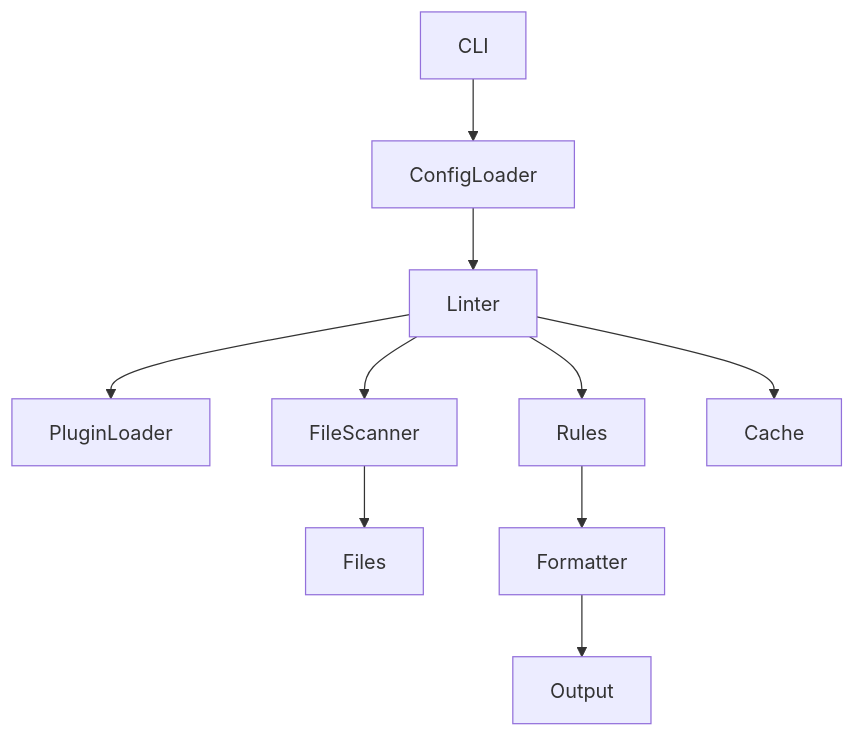
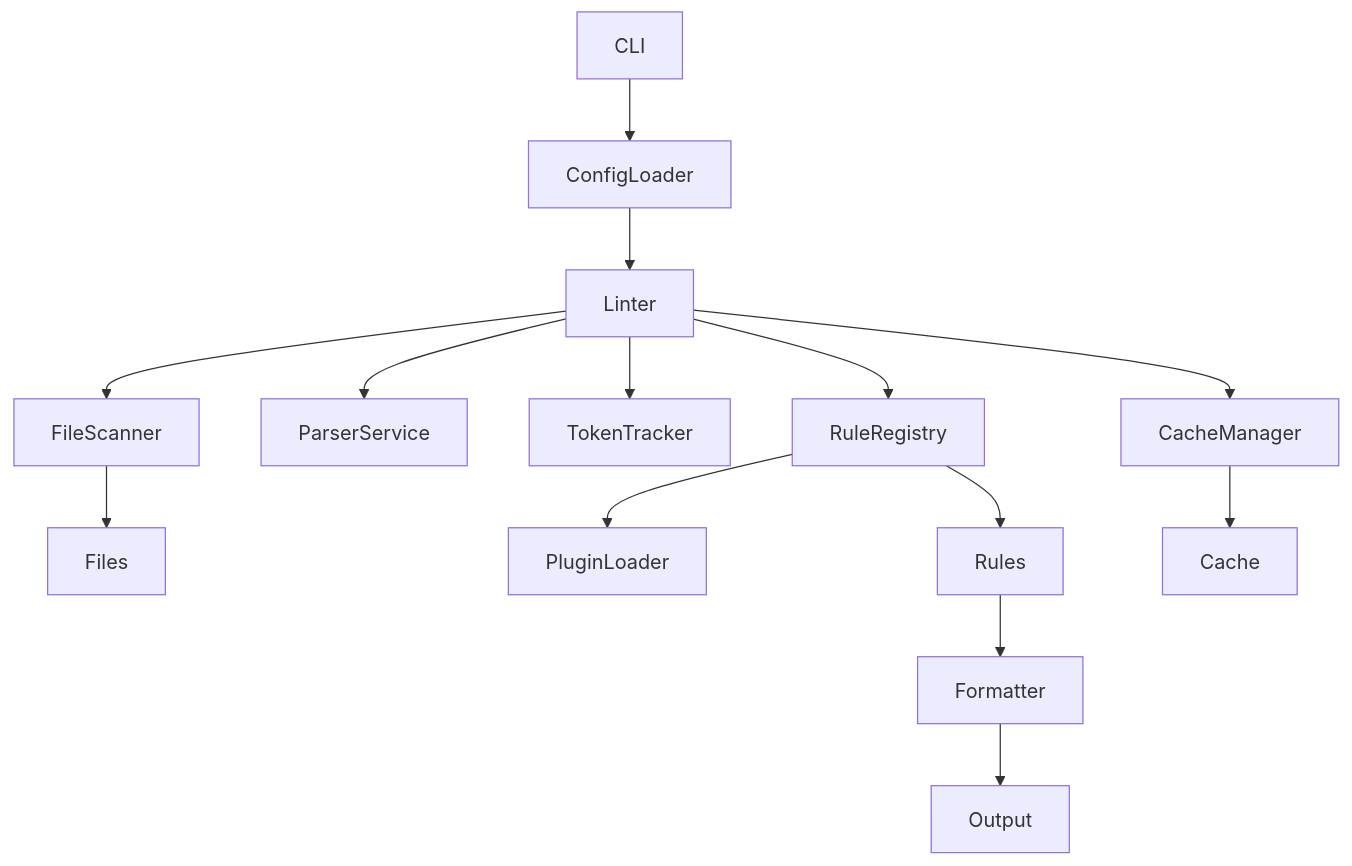
The diagram in docs/architecture.md (bylapidist/design-lint), drawn with Mermaid before and after one commit. The commit also changed other lines of this file and 13 other files, not shown here.

Commit message:
refactor(core): modularize linter architecture

````diff
--- a/docs/architecture.md
+++ b/docs/architecture.md
@@ -5,12 +5,16 @@
 ```mermaid
 flowchart TD
   CLI[CLI] --> ConfigLoader
   ConfigLoader --> Linter
-  Linter --> PluginLoader
+  Linter --> RuleRegistry
+  Linter --> ParserService
+  Linter --> TokenTracker
+  Linter --> CacheManager
   Linter --> FileScanner
   FileScanner --> Files
-  Linter --> Rules
+  RuleRegistry --> PluginLoader
+  RuleRegistry --> Rules
   Rules --> Formatter
-  Linter --> Cache
+  CacheManager --> Cache
   Formatter --> Output
 ```
````
